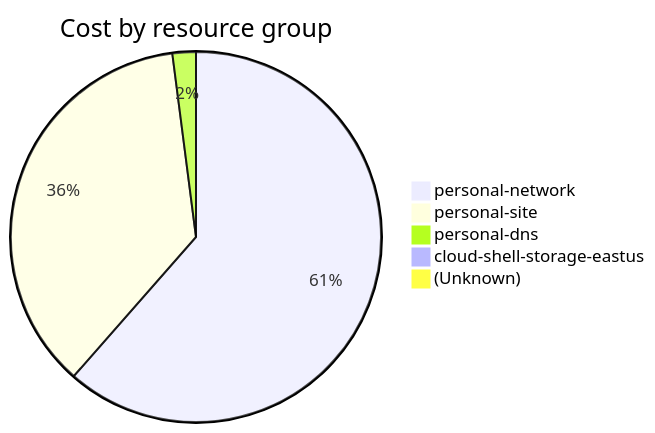
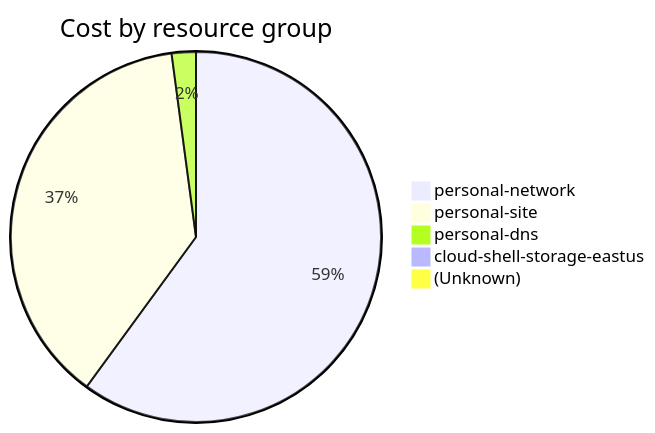
Before and after one commit to jpfulton/azure-personal-reports: the fourth of 4 diagrams in cost-reports/accumulated-cost.md, drawn with Mermaid. The commit also changed other lines of this file and 4 other files, not shown here.

````diff
--- a/cost-reports/accumulated-cost.md
+++ b/cost-reports/accumulated-cost.md
@@ -155,9 +155,9 @@
 ```mermaid
 pie
    title Cost by resource group
    "personal-network" : 15.94
-   "personal-site" : 9.46
-   "personal-dns" : 0.53
-   "cloud-shell-storage-eastus" : 0.16
+   "personal-site" : 10.05
+   "personal-dns" : 0.56
+   "cloud-shell-storage-eastus" : 0.17
    "(Unknown)" : 0.10
 ```
````
